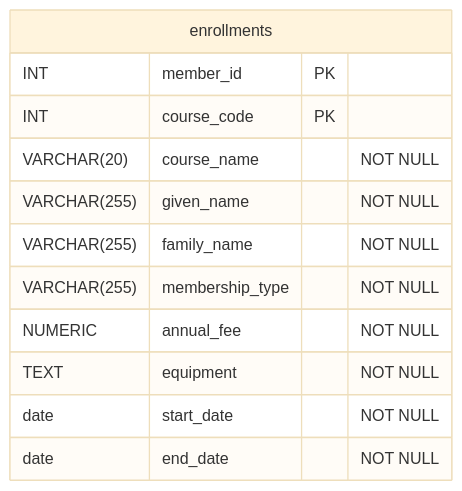
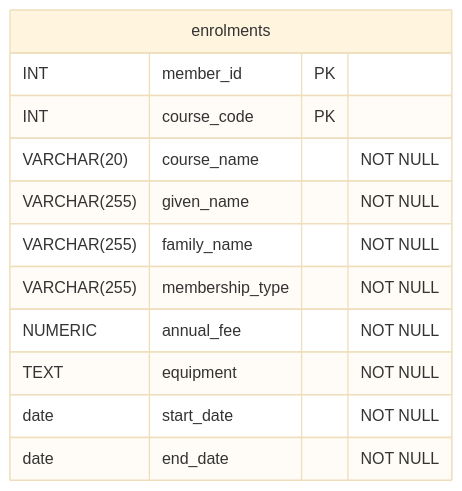
The diagram in module_5_normalisation/5.1_normalisation/5.1.5_exercise_normalisation.md (mmantle-hud/githubpages), drawn with Mermaid (base theme) before and after one commit. The commit also changed 4 other files, not shown here.

```diff
--- a/module_5_normalisation/5.1_normalisation/5.1.5_exercise_normalisation.md
+++ b/module_5_normalisation/5.1_normalisation/5.1.5_exercise_normalisation.md
@@ -13,17 +13,17 @@
 <pre class="mermaid">
 erDiagram
     accTitle: Physical ERD for the Community College Database.
     accDescr: Physical ERD for the Community College Database.
-    enrollments {
+    enrolments {
         INT member_id PK
         INT course_code PK
         VARCHAR(20) course_name "NOT NULL"
         VARCHAR(255) given_name "NOT NULL"
         VARCHAR(255) family_name "NOT NULL"
         VARCHAR(255) membership_type "NOT NULL"
         NUMERIC annual_fee "NOT NULL"
         TEXT equipment "NOT NULL"
         date start_date "NOT NULL"
         date end_date "NOT NULL"
     }
 </pre>
```
